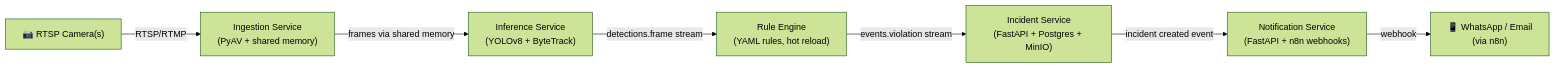
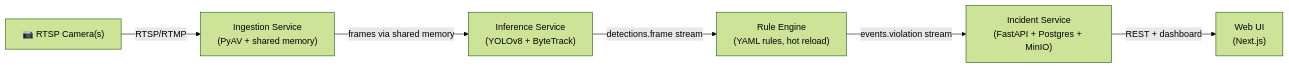
Before and after one commit to DmitriiDrugov/SafeVision: the diagram in README.md, drawn with Mermaid (forest theme). The commit also changed other lines of this file and 147 other files, not shown here.

````diff
--- a/README.md
+++ b/README.md
@@ -7,17 +74,15 @@
 ```mermaid
 flowchart LR
     CAM["📷 RTSP Camera(s)"]
     ING["Ingestion Service\n(PyAV + shared memory)"]
     INF["Inference Service\n(YOLOv8 + ByteTrack)"]
     RE["Rule Engine\n(YAML rules, hot reload)"]
     INC["Incident Service\n(FastAPI + Postgres + MinIO)"]
-    NOT["Notification Service\n(FastAPI + n8n webhooks)"]
-    EXT["📱 WhatsApp / Email\n(via n8n)"]
+    UI["Web UI\n(Next.js)"]
 
     CAM -->|RTSP/RTMP| ING
     ING -->|frames via shared memory| INF
     INF -->|detections.frame stream| RE
     RE -->|events.violation stream| INC
-    INC -->|incident created event| NOT
-    NOT -->|webhook| EXT
+    INC -->|REST + dashboard| UI
 ```
````
